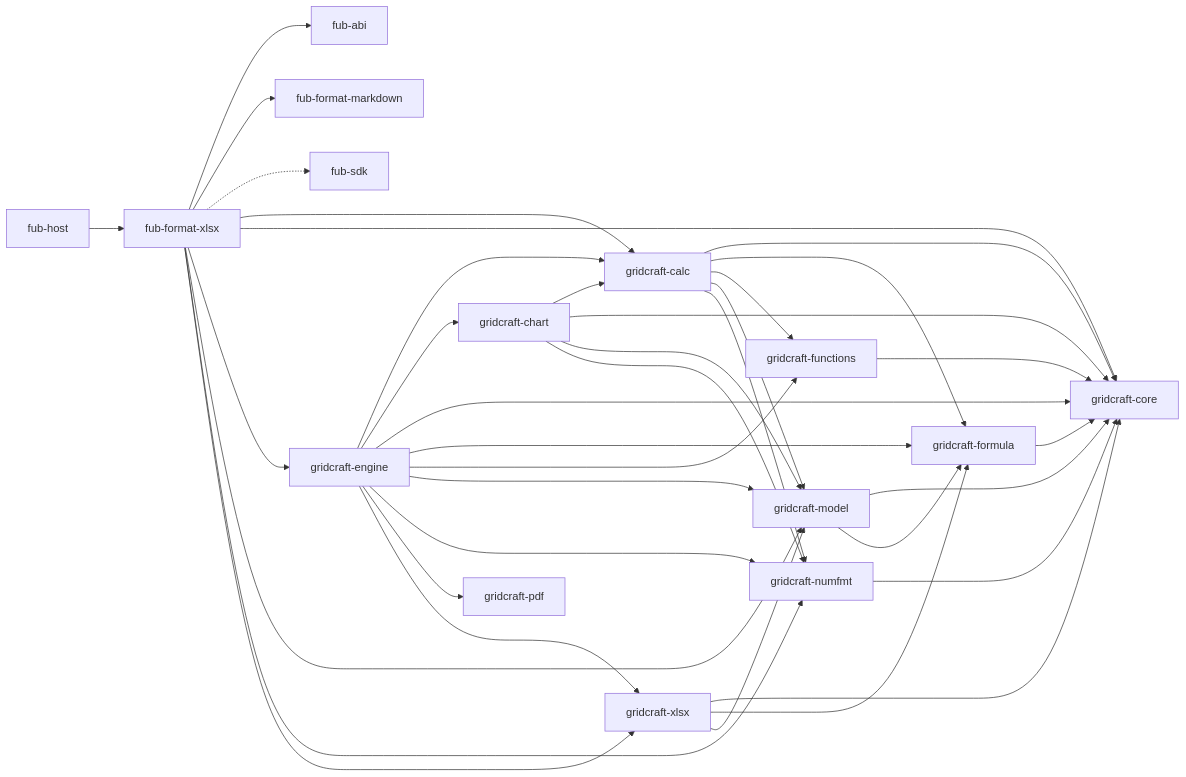
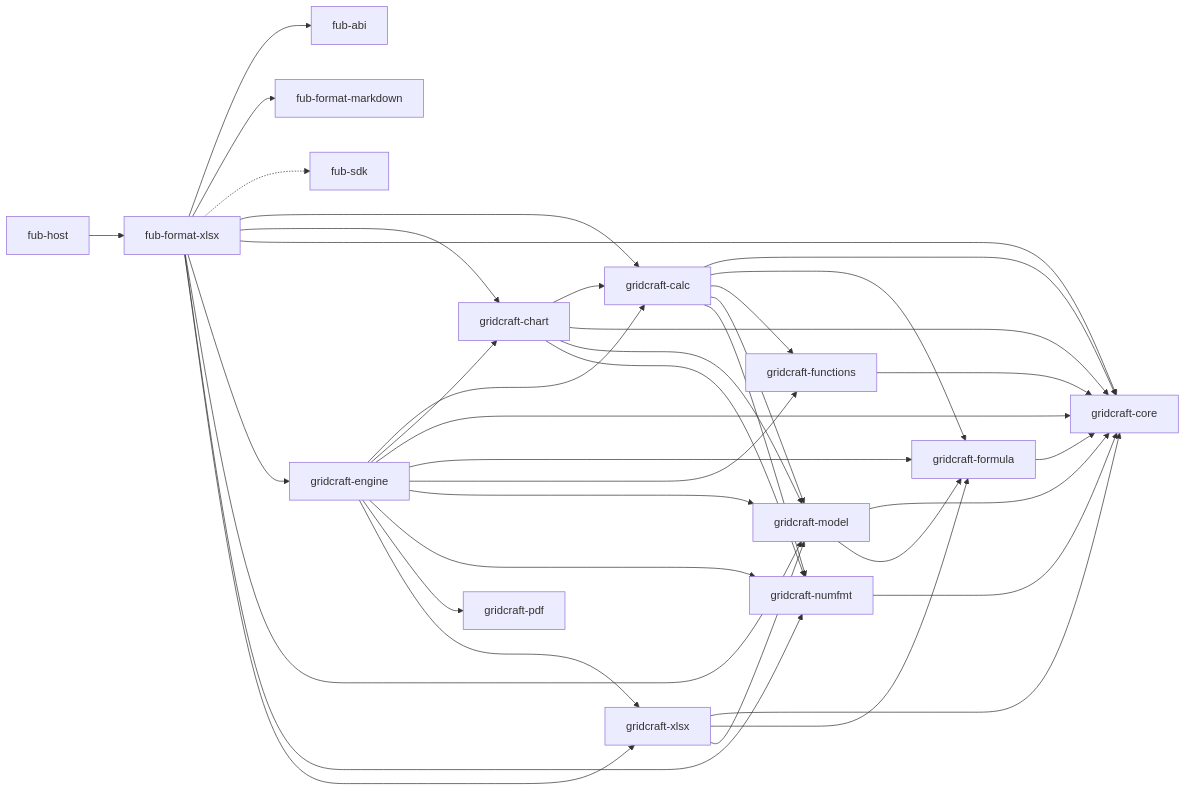
One commit to Fubeo/Fub changed the third of 4 diagrams in docs/architecture/overview.md. Above: the diagram before and after it, drawn with Mermaid. The commit also changed other lines of this file and 62 other files, not shown here.

````diff
--- a/docs/architecture/overview.md
+++ b/docs/architecture/overview.md
@@ -161,58 +162,59 @@
 ```mermaid
 flowchart LR
     %% @grafo-dipendenze
     %% Il seguito del grafo: fub-format-xlsx e i crate di GridCraft.
 
     host["fub-host"]
     abi["fub-abi"]
     markdown["fub-format-markdown"]
     sdk["fub-sdk"]
     xlsx["fub-format-xlsx"]
     gcalc["gridcraft-calc"]
     gchart["gridcraft-chart"]
     gcore["gridcraft-core"]
     gengine["gridcraft-engine"]
     gformula["gridcraft-formula"]
     gfunctions["gridcraft-functions"]
     gnumfmt["gridcraft-numfmt"]
     gmodel["gridcraft-model"]
     gpdf["gridcraft-pdf"]
     gxlsx["gridcraft-xlsx"]
 
     host --> xlsx
     xlsx --> abi
     xlsx --> markdown
     xlsx -.-> sdk
     xlsx --> gcalc
+    xlsx --> gchart
     xlsx --> gcore
     xlsx --> gengine
     xlsx --> gmodel
     xlsx --> gnumfmt
     xlsx --> gxlsx
     gcalc --> gcore
     gcalc --> gformula
     gcalc --> gfunctions
     gcalc --> gmodel
     gcalc --> gnumfmt
     gchart --> gcalc
     gchart --> gcore
     gchart --> gmodel
     gchart --> gnumfmt
     gengine --> gcalc
     gengine --> gchart
     gengine --> gcore
     gengine --> gformula
     gengine --> gfunctions
     gengine --> gmodel
     gengine --> gnumfmt
     gengine --> gpdf
     gengine --> gxlsx
     gformula --> gcore
     gfunctions --> gcore
     gmodel --> gcore
     gmodel --> gformula
     gnumfmt --> gcore
     gxlsx --> gcore
     gxlsx --> gformula
     gxlsx --> gmodel
 ```
````
